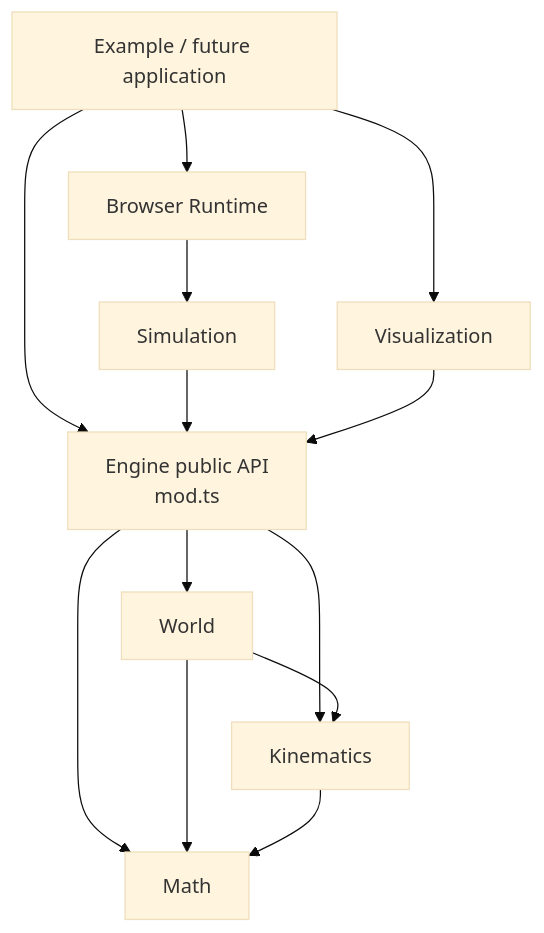
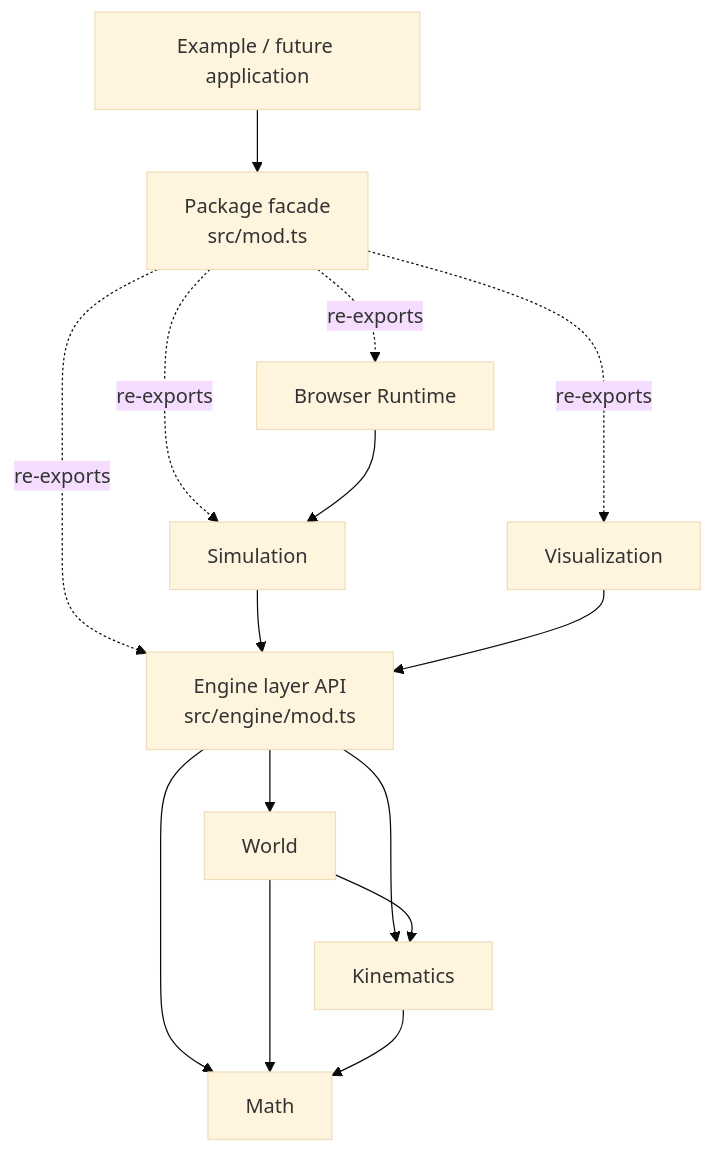
The second of 22 diagrams in docs/architecture/README.md (fa-ribeiro/vLab2D), drawn with Mermaid (base theme) before and after one commit. The commit also changed other lines of this file and 11 other files, not shown here.

````diff
--- a/docs/architecture/README.md
+++ b/docs/architecture/README.md
@@ -114,28 +118,32 @@
 ```mermaid
 flowchart TD
     EXAMPLE["Example / future application"]
+    PACKAGE["Package facade<br/>src/mod.ts"]
     RUNTIME["Browser Runtime"]
     SIM["Simulation"]
     VIS["Visualization"]
-    API["Engine public API<br/>mod.ts"]
+    API["Engine layer API<br/>src/engine/mod.ts"]
     WORLD["World"]
     KIN["Kinematics"]
     MATH["Math"]
 
-    EXAMPLE --> RUNTIME
-    EXAMPLE --> VIS
-    EXAMPLE --> API
+    EXAMPLE --> PACKAGE
+
+    PACKAGE -. re-exports .-> RUNTIME
+    PACKAGE -. re-exports .-> SIM
+    PACKAGE -. re-exports .-> VIS
+    PACKAGE -. re-exports .-> API
 
     RUNTIME --> SIM
     SIM --> API
     VIS --> API
 
     API --> WORLD
     API --> KIN
     API --> MATH
 
     WORLD --> KIN
     WORLD --> MATH
 
     KIN --> MATH
 ```
````
